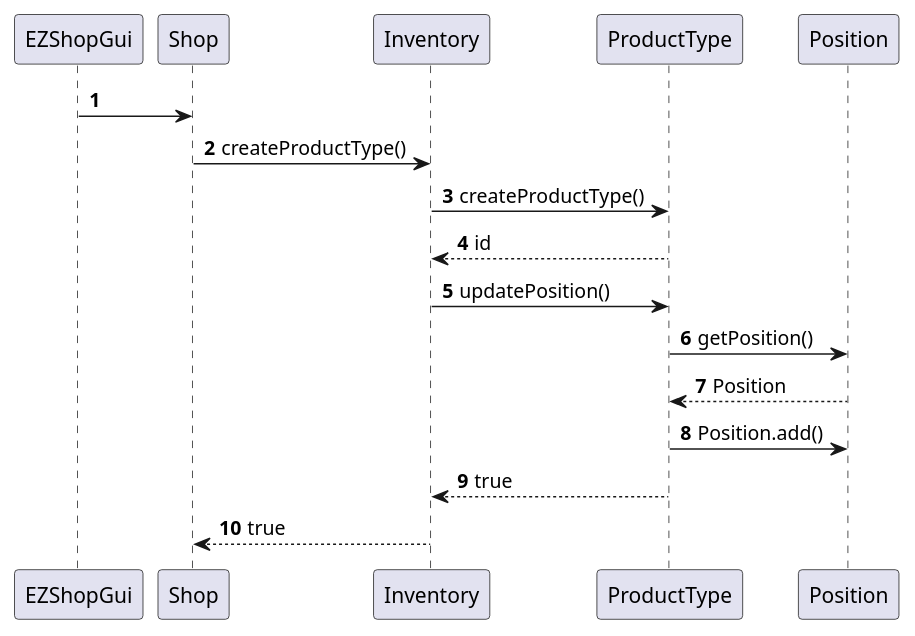
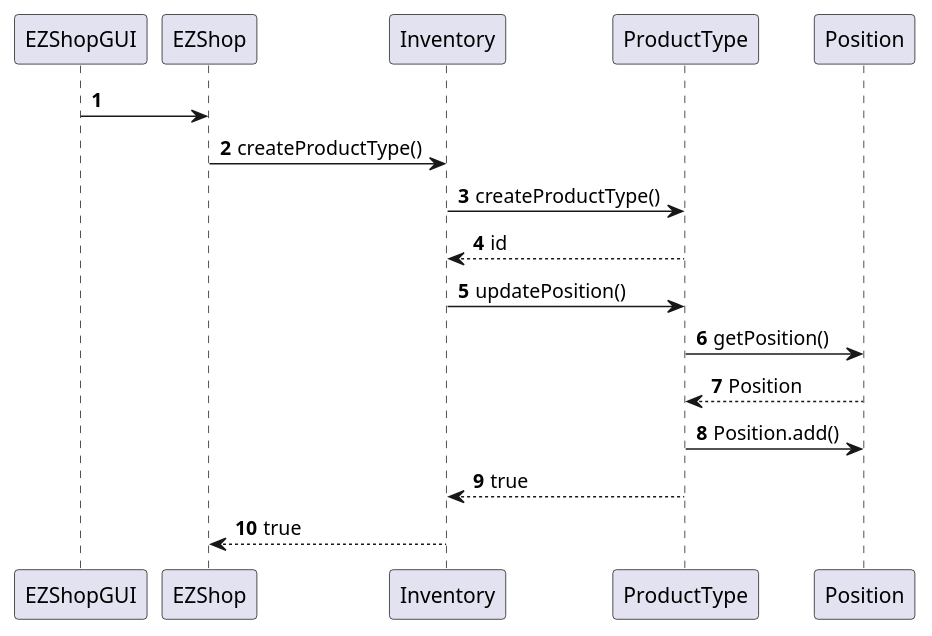
Before and after one commit to mkexc/ezshop: the third of 22 diagrams in Deliverables/DesignDocument.md, drawn with PlantUML. The commit also changed other lines of this file, not shown here.

````diff
--- a/Deliverables/DesignDocument.md
+++ b/Deliverables/DesignDocument.md
@@ -334,15 +232,15 @@
 ```plantuml
 @startuml
 autonumber
-EZShopGui -> Shop
-Shop -> Inventory : createProductType()
+EZShopGUI -> EZShop
+EZShop -> Inventory : createProductType()
 Inventory -> ProductType : createProductType()
 Inventory <-- ProductType : id
 Inventory -> ProductType : updatePosition()
 ProductType -> Position : getPosition()
 ProductType <-- Position : Position
 ProductType -> Position : Position.add()
 Inventory <-- ProductType : true
-Shop <-- Inventory : true
+EZShop <-- Inventory : true
 @enduml
 ```
````
